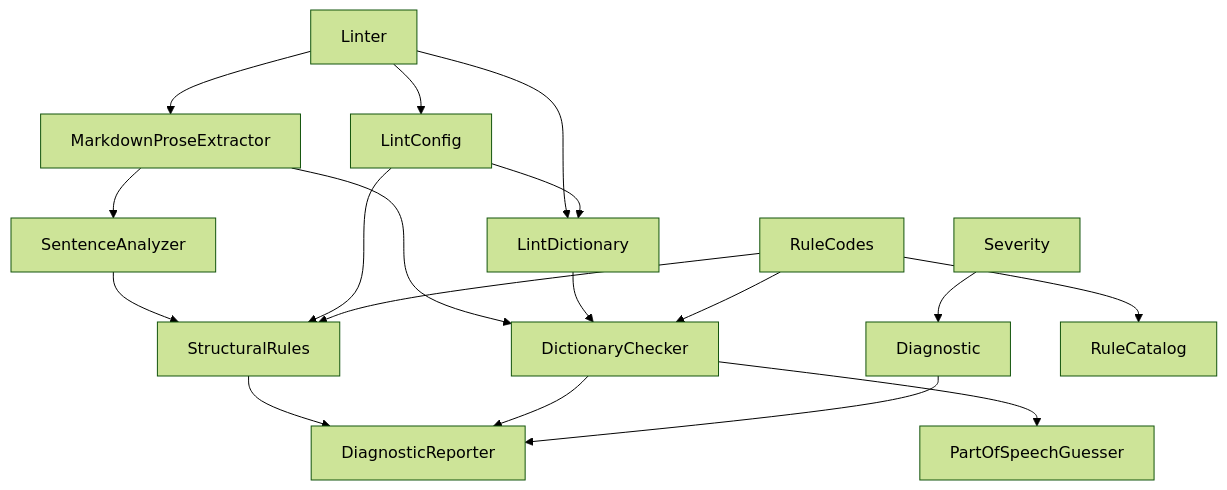
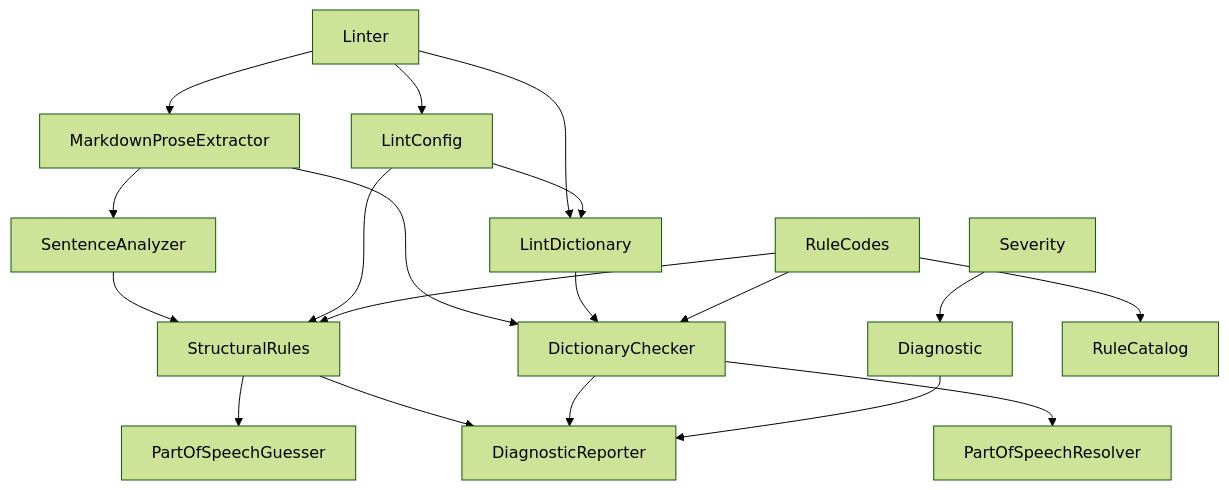
Before and after one commit to demaconsulting/Ste100Mark: the diagram in docs/design/ste100-mark/linting.md, drawn with Mermaid (forest theme). The commit also changed other lines of this file and 42 other files, not shown here.

````diff
--- a/docs/design/ste100-mark/linting.md
+++ b/docs/design/ste100-mark/linting.md
@@ -114,20 +113,21 @@
 ```mermaid
 flowchart TD
     Linter --> LintConfig
     Linter --> LintDictionary
     Linter --> MarkdownProseExtractor
     MarkdownProseExtractor --> SentenceAnalyzer
     MarkdownProseExtractor --> DictionaryChecker
     SentenceAnalyzer --> StructuralRules
     LintConfig --> StructuralRules
     LintConfig --> LintDictionary
     LintDictionary --> DictionaryChecker
-    DictionaryChecker --> PartOfSpeechGuesser
+    DictionaryChecker --> PartOfSpeechResolver
+    StructuralRules --> PartOfSpeechGuesser
     StructuralRules --> DiagnosticReporter
     DictionaryChecker --> DiagnosticReporter
     Severity --> Diagnostic
     Diagnostic --> DiagnosticReporter
     RuleCodes --> RuleCatalog
     RuleCodes --> StructuralRules
     RuleCodes --> DictionaryChecker
 ```
````
